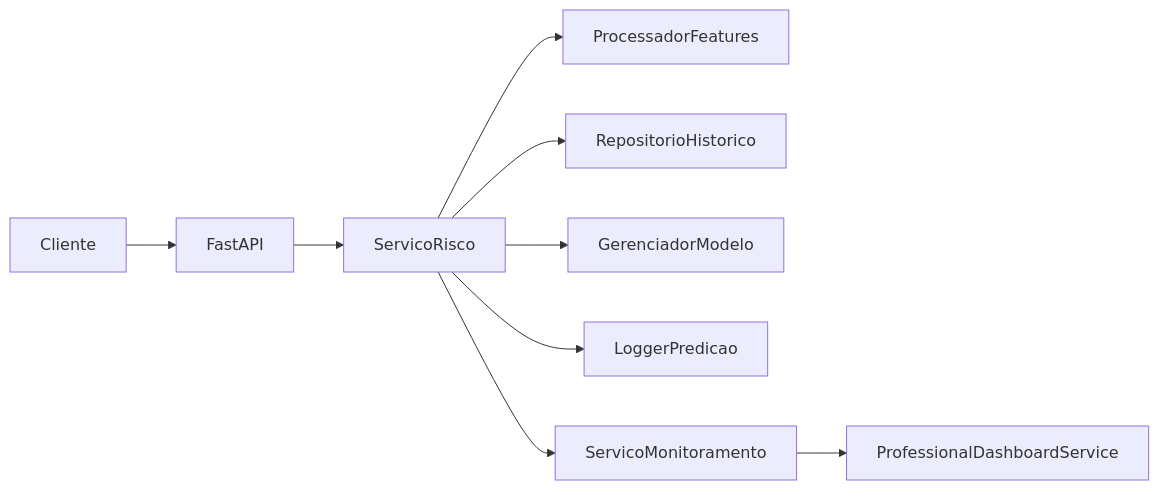
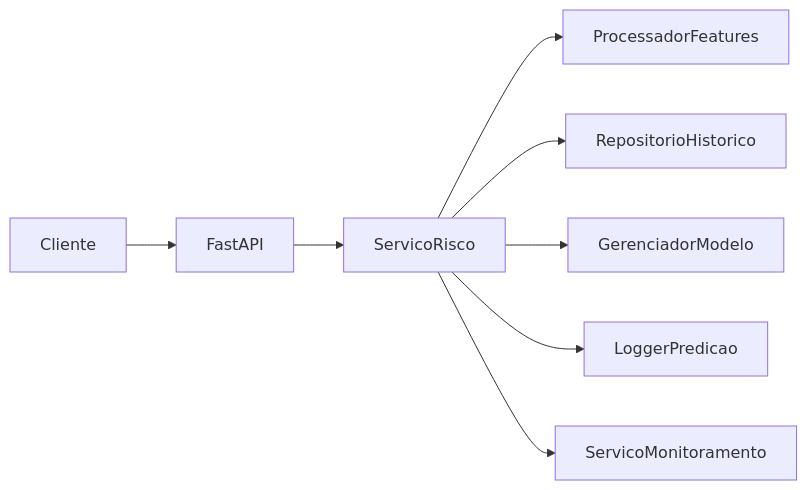
The first of 4 diagrams in README.md (PauloGuedes2/passos-magicos-datathon), drawn with Mermaid before and after one commit. The commit also changed other lines of this file and 21 other files, not shown here.

````diff
--- a/README.md
+++ b/README.md
@@ -110,11 +110,10 @@
 ```mermaid
 flowchart LR
     Cliente --> API[FastAPI]
     API --> Pred[ServicoRisco]
     Pred --> Proc[ProcessadorFeatures]
     Pred --> Hist[RepositorioHistorico]
     Pred --> Model[GerenciadorModelo]
     Pred --> Log[LoggerPredicao]
     Pred --> Mon[ServicoMonitoramento]
-    Mon --> Dash[ProfessionalDashboardService]
 ```
````
